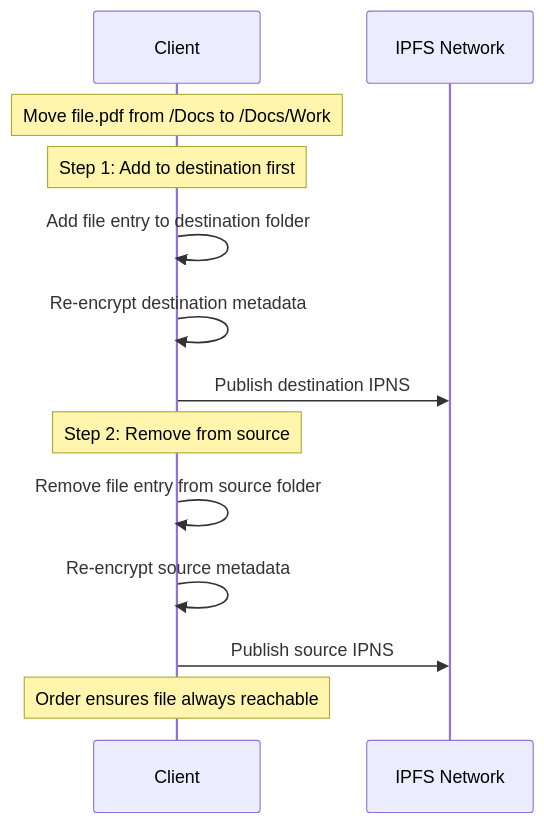
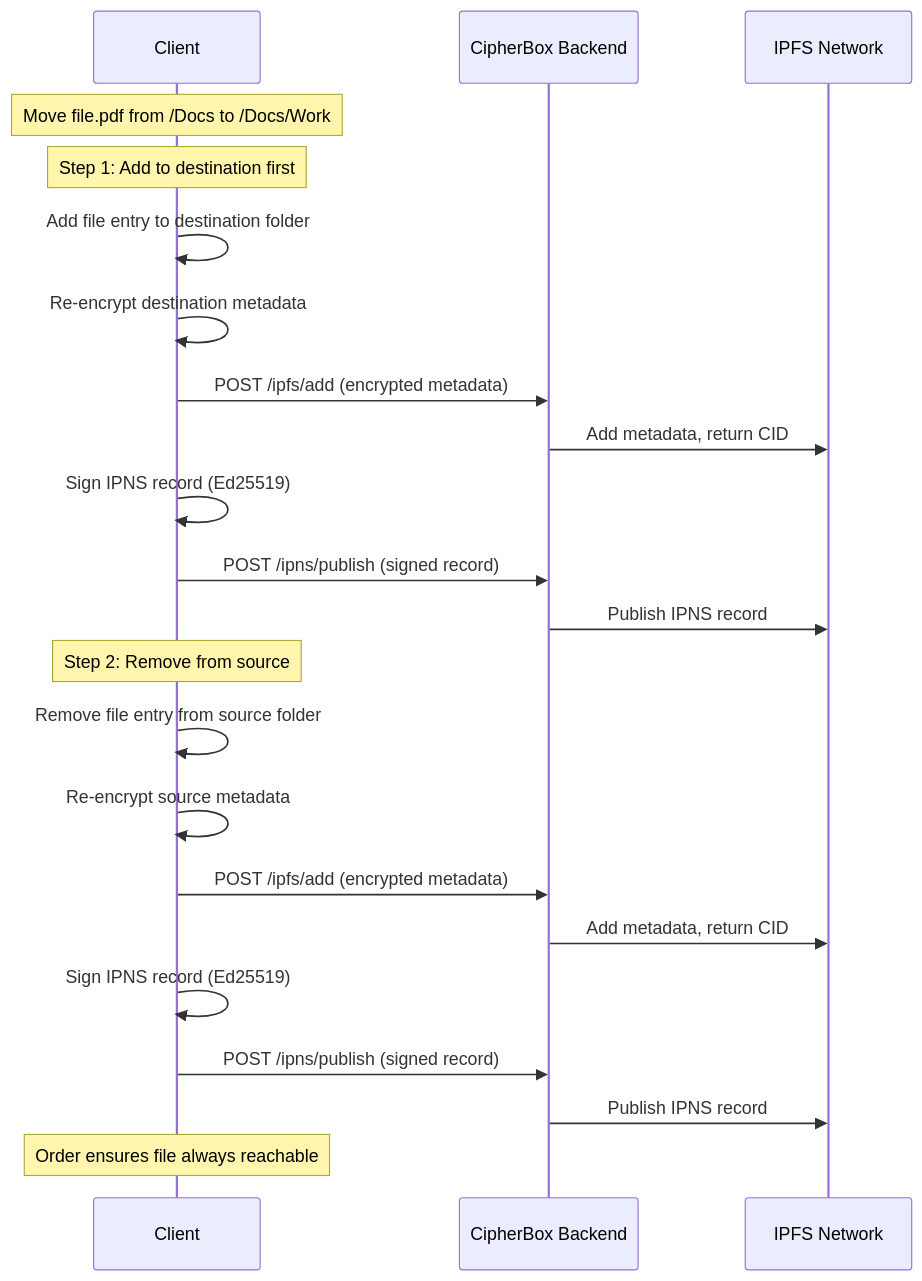
Before and after one commit to FSM1/cipher-box: diagram 11 of 14 in Documentation/DATA_FLOWS.md, drawn with Mermaid. The commit also changed other lines of this file and 7 other files, not shown here.

Commit message:
bump version to 1.8.1 and update documentation for IPFS/IPNS relay integration

````diff
--- a/Documentation/DATA_FLOWS.md
+++ b/Documentation/DATA_FLOWS.md
@@ -408,19 +430,28 @@
 ```mermaid
 sequenceDiagram
     participant C as Client
-    participant IPFS as IPFS Network
+  participant B as CipherBox Backend
+  participant IPFS as IPFS Network
     
     Note over C: Move file.pdf from /Docs to /Docs/Work
     
     Note over C: Step 1: Add to destination first
     C->>C: Add file entry to destination folder
     C->>C: Re-encrypt destination metadata
-    C->>IPFS: Publish destination IPNS
+    C->>B: POST /ipfs/add (encrypted metadata)
+    B->>IPFS: Add metadata, return CID
+    C->>C: Sign IPNS record (Ed25519)
+    C->>B: POST /ipns/publish (signed record)
+    B->>IPFS: Publish IPNS record
     
     Note over C: Step 2: Remove from source
     C->>C: Remove file entry from source folder
     C->>C: Re-encrypt source metadata
-    C->>IPFS: Publish source IPNS
+    C->>B: POST /ipfs/add (encrypted metadata)
+    B->>IPFS: Add metadata, return CID
+    C->>C: Sign IPNS record (Ed25519)
+    C->>B: POST /ipns/publish (signed record)
+    B->>IPFS: Publish IPNS record
     
     Note over C: Order ensures file always reachable
 ```
````
